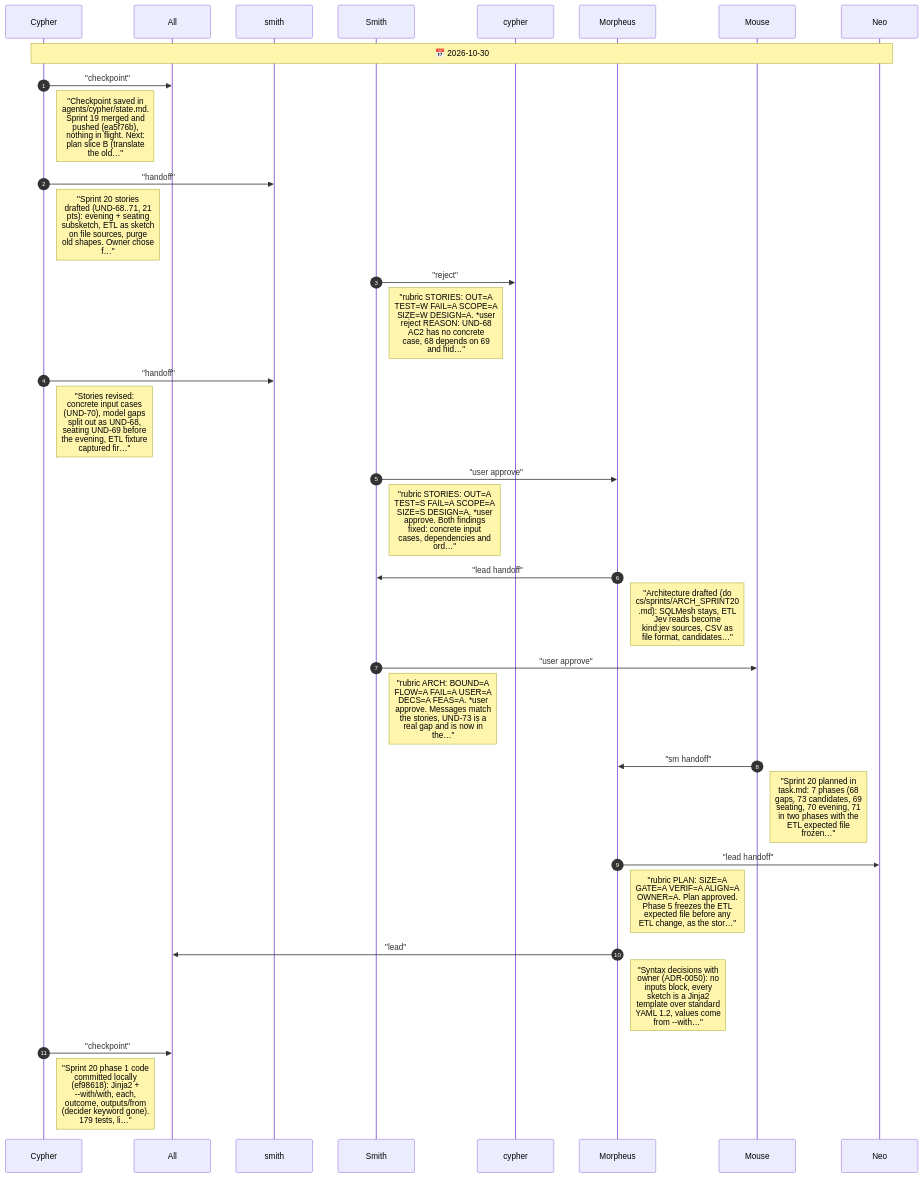
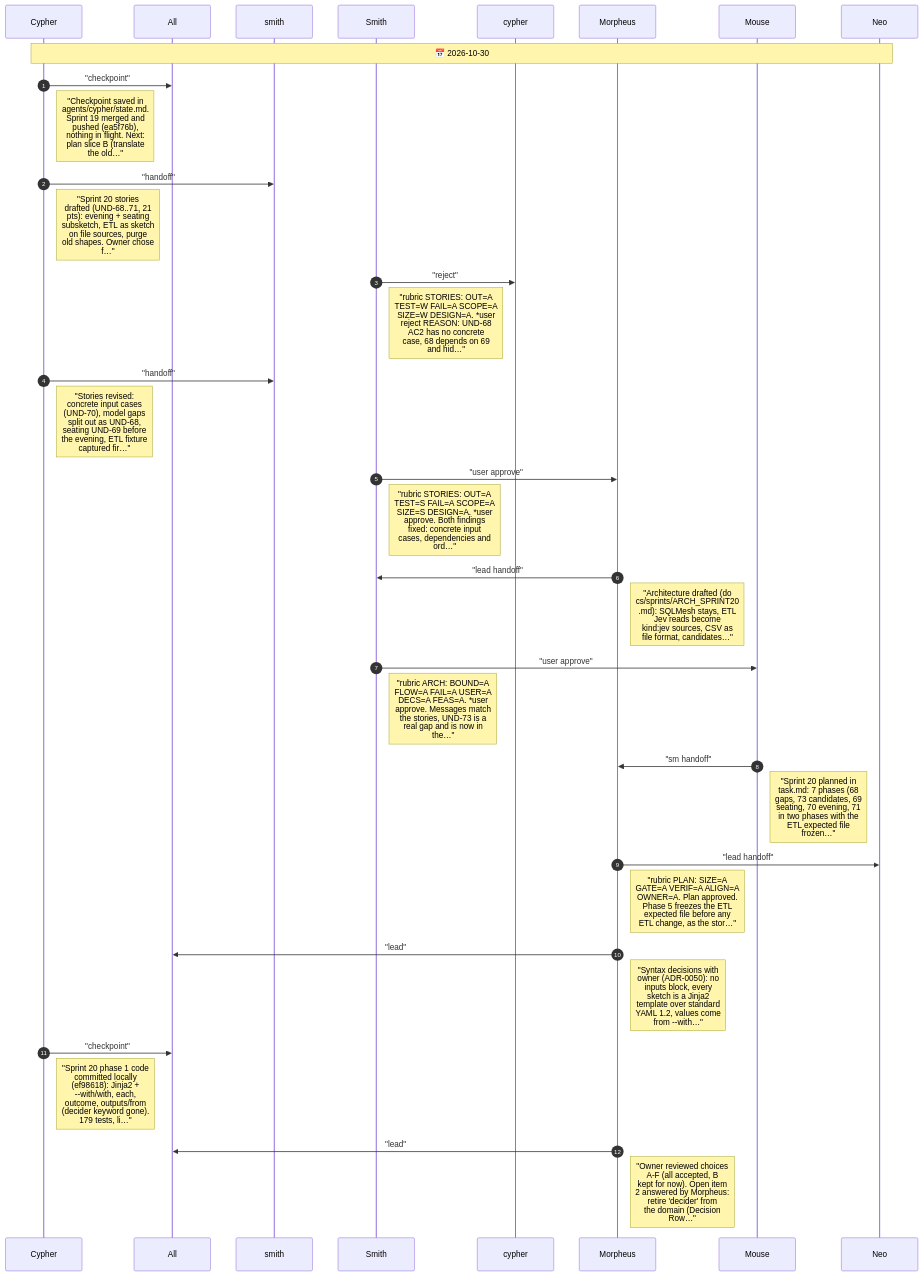
One commit to drusifer/understudy changed the diagram in agents/CHAT.diagram.md. Above: the diagram before and after it, drawn with Mermaid. The commit also changed 2 other files, not shown here.

Commit message:
Sprint 20: owner accepted the domain recommendation (decision 21)
Claude-Session: https://claude.ai/code/session_012KEu15v4MgL2wTiwyDrPod

````diff
--- a/agents/CHAT.diagram.md
+++ b/agents/CHAT.diagram.md
@@ -5,36 +5,38 @@
 ```mermaid
 %%{init: {"sequence": {"messageFontSize": 14, "noteFontSize": 18, "actorFontSize": 14}}}%%
 sequenceDiagram
     autonumber
     participant Cypher
     participant All
     participant smith
     participant Smith
     participant cypher
     participant Morpheus
     participant Mouse
     participant Neo
     Note over Cypher,Neo: 📅 2026-10-30
     Cypher->>All: "checkpoint"
     Note right of Cypher: "Checkpoint saved in<br/>agents/cypher/state.md.<br/>Sprint 19 merged and<br/>pushed (ea5f76b),<br/>nothing in flight. Next:<br/>plan slice B (translate<br/>the old…"
     Cypher->>smith: "handoff"
     Note right of Cypher: "Sprint 20 stories<br/>drafted (UND-68..71, 21<br/>pts): evening + seating<br/>subsketch, ETL as sketch<br/>on file sources, purge<br/>old shapes. Owner chose<br/>f…"
     Smith->>cypher: "reject"
     Note right of Smith: "rubric STORIES: OUT=A<br/>TEST=W FAIL=A SCOPE=A<br/>SIZE=W DESIGN=A. *user<br/>reject REASON: UND-68<br/>AC2 has no concrete<br/>case, 68 depends on 69<br/>and hid…"
     Cypher->>smith: "handoff"
     Note right of Cypher: "Stories revised:<br/>concrete input cases<br/>(UND-70), model gaps<br/>split out as UND-68,<br/>seating UND-69 before<br/>the evening, ETL fixture<br/>captured fir…"
     Smith->>Morpheus: "user approve"
     Note right of Smith: "rubric STORIES: OUT=A<br/>TEST=S FAIL=A SCOPE=A<br/>SIZE=S DESIGN=A. *user<br/>approve. Both findings<br/>fixed: concrete input<br/>cases, dependencies and<br/>ord…"
     Morpheus->>Smith: "lead handoff"
     Note right of Morpheus: "Architecture drafted (do<br/>cs/sprints/ARCH_SPRINT20<br/>.md): SQLMesh stays, ETL<br/>Jev reads become<br/>kind:jev sources, CSV as<br/>file format, candidates…"
     Smith->>Mouse: "user approve"
     Note right of Smith: "rubric ARCH: BOUND=A<br/>FLOW=A FAIL=A USER=A<br/>DECS=A FEAS=A. *user<br/>approve. Messages match<br/>the stories, UND-73 is a<br/>real gap and is now in<br/>the…"
     Mouse->>Morpheus: "sm handoff"
     Note right of Mouse: "Sprint 20 planned in<br/>task.md: 7 phases (68<br/>gaps, 73 candidates, 69<br/>seating, 70 evening, 71<br/>in two phases with the<br/>ETL expected file<br/>frozen…"
     Morpheus->>Neo: "lead handoff"
     Note right of Morpheus: "rubric PLAN: SIZE=A<br/>GATE=A VERIF=A ALIGN=A<br/>OWNER=A. Plan approved.<br/>Phase 5 freezes the ETL<br/>expected file before any<br/>ETL change, as the stor…"
     Morpheus->>All: "lead"
     Note right of Morpheus: "Syntax decisions with<br/>owner (ADR-0050): no<br/>inputs block, every<br/>sketch is a Jinja2<br/>template over standard<br/>YAML 1.2, values come<br/>from --with…"
     Cypher->>All: "checkpoint"
     Note right of Cypher: "Sprint 20 phase 1 code<br/>committed locally<br/>(ef98618): Jinja2 +<br/>--with/with, each,<br/>outcome, outputs/from<br/>(decider keyword gone).<br/>179 tests, li…"
+    Morpheus->>All: "lead"
+    Note right of Morpheus: "Owner reviewed choices<br/>A-F (all accepted, B<br/>kept for now). Open item<br/>2 answered by Morpheus:<br/>retire 'decider' from<br/>the domain (Decision<br/>Row…"
 ```
````
